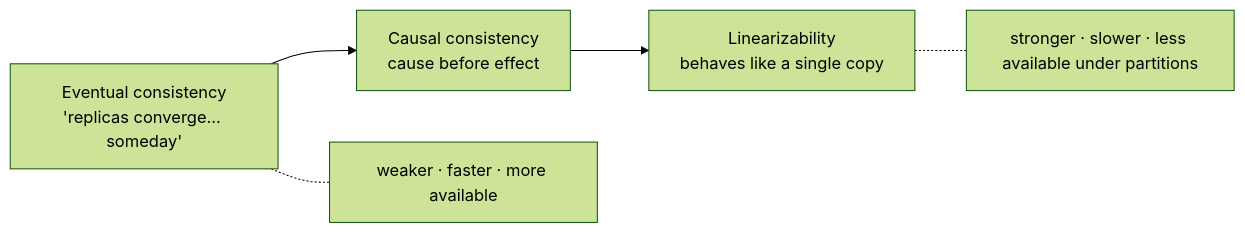
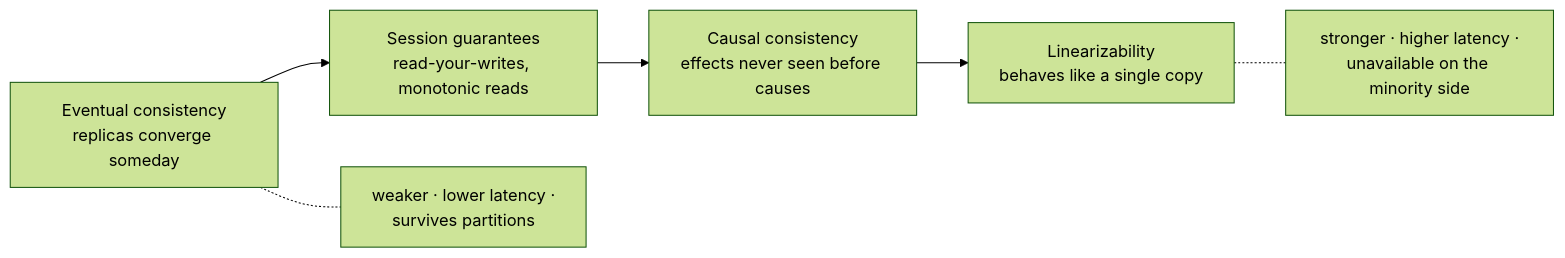
The second of 40 diagrams in docs/chapters/part-2/09-consistency-consensus.mdx (pratikguru998/ddia-book), drawn with Mermaid (forest theme) before and after one commit. The commit also changed other lines of this file and 13 other files, not shown here.

Commit message:
Expand all 12 chapters: every book subsection, deeper notes, ~320 diagrams

````diff
--- a/docs/chapters/part-2/09-consistency-consensus.mdx
+++ b/docs/chapters/part-2/09-consistency-consensus.mdx
@@ -18,6 +47,8 @@
 ```mermaid
 flowchart LR
-  EV["Eventual consistency<br/>'replicas converge… someday'"] --> CA["Causal consistency<br/>cause before effect"] --> LIN["Linearizability<br/>behaves like a single copy"]
-  EV -.- W["weaker · faster · more available"]
-  LIN -.- S["stronger · slower · less available under partitions"]
+  EV["Eventual consistency<br/>replicas converge someday"] --> RYW["Session guarantees<br/>read-your-writes, monotonic reads"]
+  RYW --> CAU["Causal consistency<br/>effects never seen before causes"]
+  CAU --> LIN["Linearizability<br/>behaves like a single copy"]
+  EV -.- W["weaker · lower latency ·<br/>survives partitions"]
+  LIN -.- S["stronger · higher latency ·<br/>unavailable on the minority side"]
 ```
````
